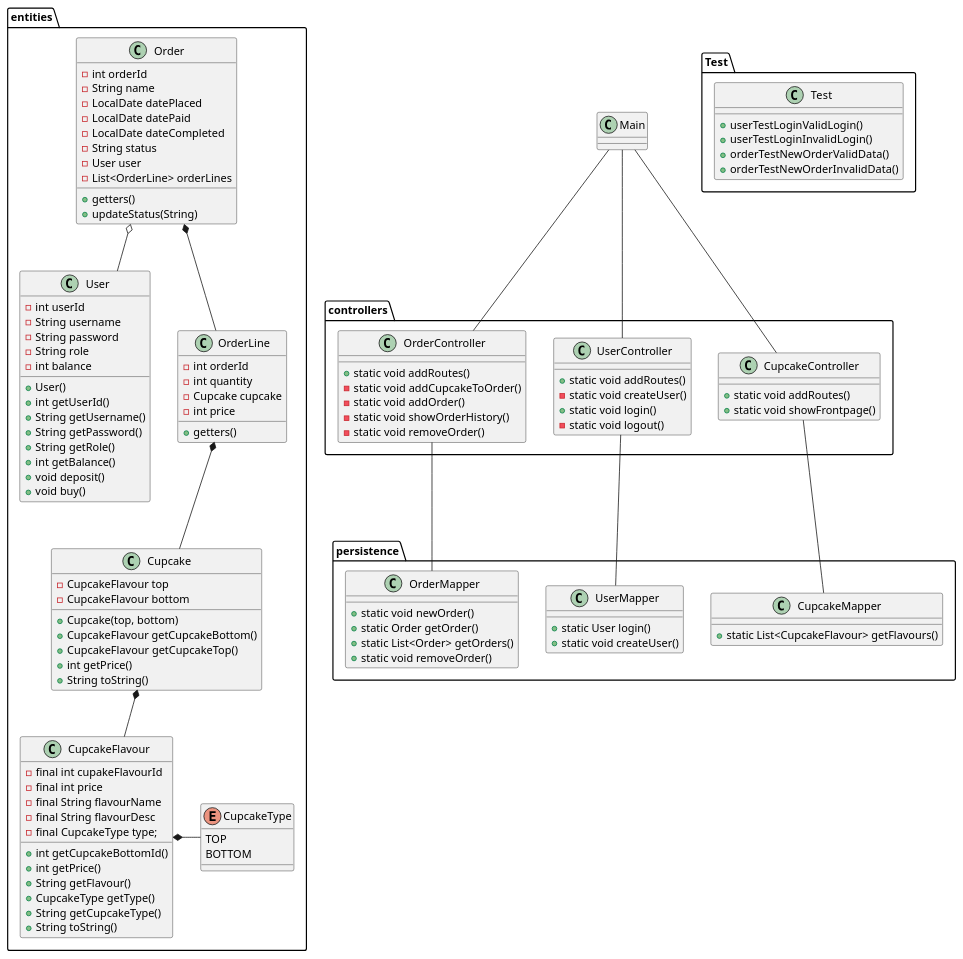
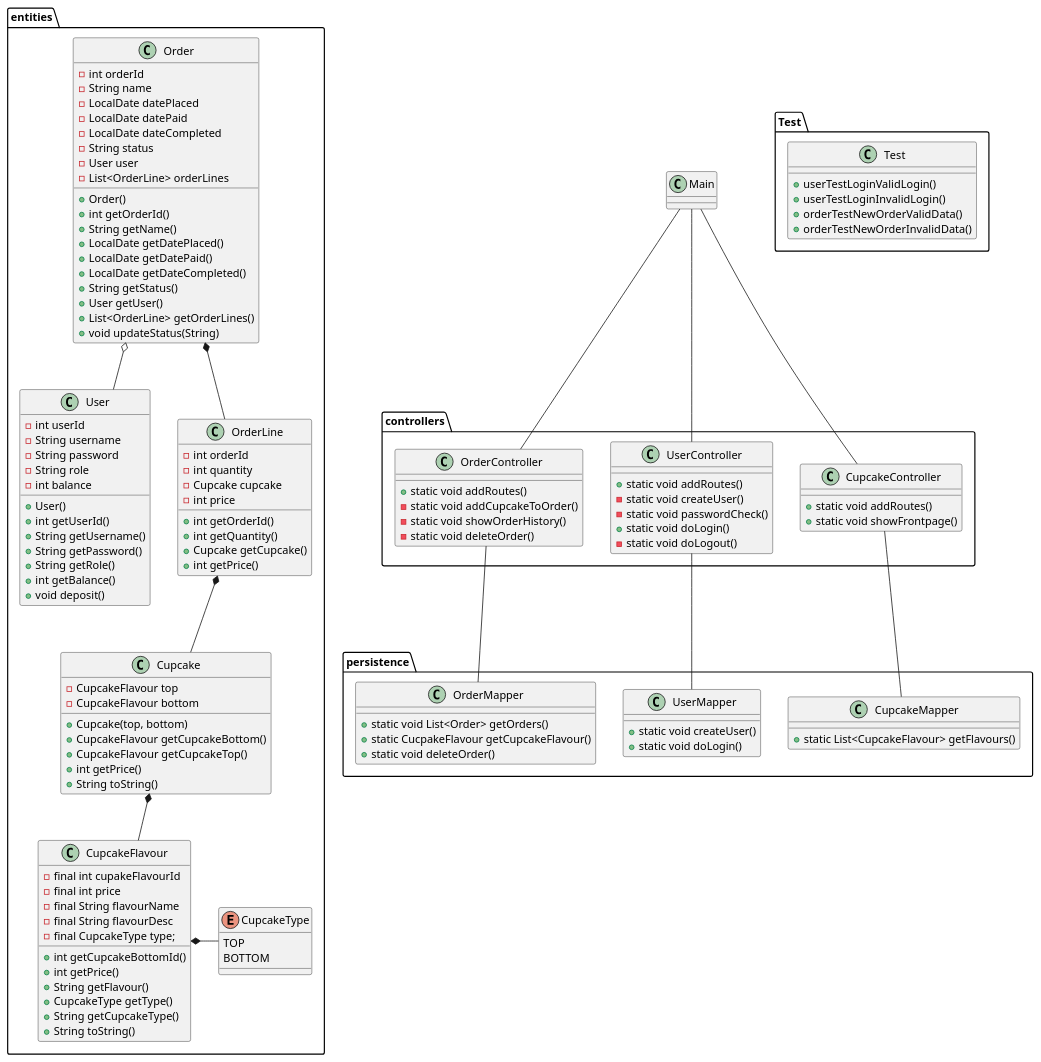
The diagram in docs/class-diagramv1.puml (AndyTheDragon/Cupcake), drawn with PlantUML before and after one commit. The commit also changed 6 other files, not shown here.

```diff
--- a/docs/class-diagramv1.puml
+++ b/docs/class-diagramv1.puml
@@ -1,135 +1,146 @@
 @startuml
 'https://plantuml.com/class-diagram
 
 class Main {
 }
 
 package entities {
     enum CupcakeType {
         TOP
         BOTTOM
     }
     class CupcakeFlavour {
         - final int cupakeFlavourId
         - final int price
         - final String flavourName
         - final String flavourDesc
         - final CupcakeType type;
         + int getCupcakeBottomId()
         + int getPrice()
         + String getFlavour()
         + CupcakeType getType()
         + String getCupcakeType()
         'override
         + String toString()
     }
 
     class Cupcake {
         - CupcakeFlavour top
         - CupcakeFlavour bottom
         + Cupcake(top, bottom)
         + CupcakeFlavour getCupcakeBottom()
         + CupcakeFlavour getCupcakeTop()
         + int getPrice()
         'override
         + String toString()
     }
 
     class User {
         - int userId
         - String username
         - String password
         - String role
         - int balance
         + User()
         + int getUserId()
         + String getUsername()
         + String getPassword()
         + String getRole()
         + int getBalance()
         + void deposit()
-        + void buy()
     }
 
     class Order {
         - int orderId
         - String name
         - LocalDate datePlaced
         - LocalDate datePaid
         - LocalDate dateCompleted
         - String status
         - User user
         - List<OrderLine> orderLines
-        + getters()
-        + updateStatus(String)
+        + Order()
+        + int getOrderId()
+        + String getName()
+        + LocalDate getDatePlaced()
+        + LocalDate getDatePaid()
+        + LocalDate getDateCompleted()
+        + String getStatus()
+        + User getUser()
+        + List<OrderLine> getOrderLines()
+        + void updateStatus(String)
     }
     class OrderLine {
         - int orderId
         - int quantity
         - Cupcake cupcake
         - int price
-        + getters()
+        + int getOrderId()
+        + int getQuantity()
+        + Cupcake getCupcake()
+        + int getPrice()
     }
 }
 
 package controllers {
     class CupcakeController {
         + static void addRoutes()
         + static void showFrontpage()
     }
     class UserController {
         + static void addRoutes()
         - static void createUser()
-        + static void login()
-        - static void logout()
+        - static void passwordCheck()
+        + static void doLogin()
+        - static void doLogout()
     }
     class OrderController {
         + static void addRoutes()
         - static void addCupcakeToOrder()
-        - static void addOrder()
         - static void showOrderHistory()
-        - static void removeOrder()
+        - static void deleteOrder()
     }
 }
 
 package persistence {
     class CupcakeMapper {
         + static List<CupcakeFlavour> getFlavours()
+
     }
     class OrderMapper {
-        + static void newOrder()
-        + static Order getOrder()
-        + static List<Order> getOrders()
-        + static void removeOrder()
+        + static void List<Order> getOrders()
+        + static CucpakeFlavour getCupcakeFlavour()
+        + static void deleteOrder()
     }
 
     class UserMapper {
-        + static User login()
         + static void createUser()
+        + static void doLogin()
+
     }
 }
 
 package Test {
  class Test {
     + userTestLoginValidLogin()
     + userTestLoginInvalidLogin()
     + orderTestNewOrderValidData()
     + orderTestNewOrderInvalidData()
 
 
  }
 }
 
 Main -- CupcakeController
 Main -- OrderController
 Main -- UserController
 CupcakeController -- CupcakeMapper
 OrderController -- OrderMapper
 UserController -- UserMapper
 Cupcake *-- CupcakeFlavour
 Order *-- OrderLine
 Order o-- User
 OrderLine *-- Cupcake
 CupcakeFlavour *- CupcakeType
 
 @enduml
```
